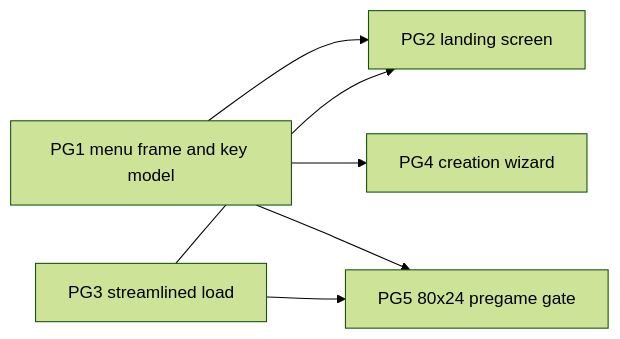
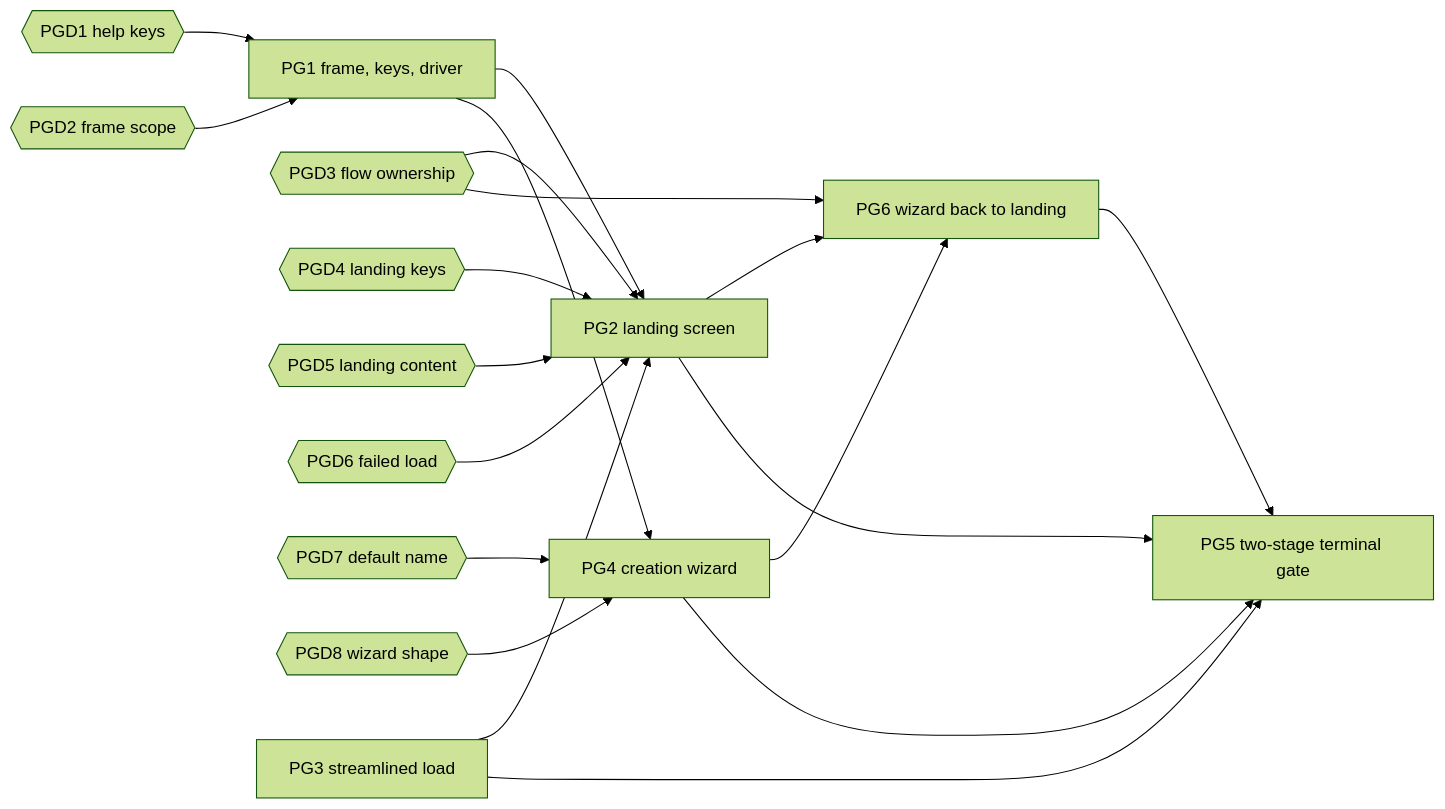
One commit to lollek/omoria changed the diagram in docs/migration/epics/pregame-menu.md. Above: the diagram before and after it, drawn with Mermaid (forest theme). The commit also changed other lines of this file and 1 other file, not shown here.

````diff
--- a/docs/migration/epics/pregame-menu.md
+++ b/docs/migration/epics/pregame-menu.md
@@ -61,8 +276,21 @@
 ```mermaid
 graph LR
-  PG1[PG1 menu frame and key model] --> PG2[PG2 landing screen]
+  PGD1{{PGD1 help keys}} --> PG1
+  PGD2{{PGD2 frame scope}} --> PG1
+  PGD3{{PGD3 flow ownership}} --> PG2
+  PGD3 --> PG6
+  PGD4{{PGD4 landing keys}} --> PG2
+  PGD5{{PGD5 landing content}} --> PG2
+  PGD6{{PGD6 failed load}} --> PG2
+  PGD7{{PGD7 default name}} --> PG4
+  PGD8{{PGD8 wizard shape}} --> PG4
+  PG1[PG1 frame, keys, driver] --> PG2[PG2 landing screen]
   PG1 --> PG4[PG4 creation wizard]
-  PG1 --> PG5[PG5 80x24 pregame gate]
   PG3[PG3 streamlined load] --> PG2
+  PG2 --> PG6[PG6 wizard back to landing]
+  PG4 --> PG6
+  PG2 --> PG5[PG5 two-stage terminal gate]
   PG3 --> PG5
+  PG4 --> PG5
+  PG6 --> PG5
 ```
````
